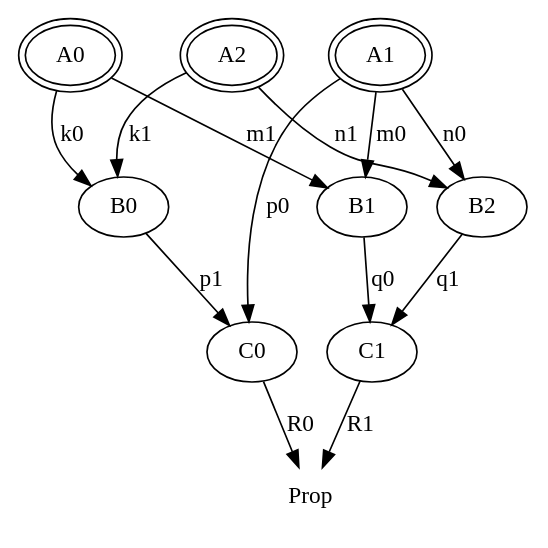
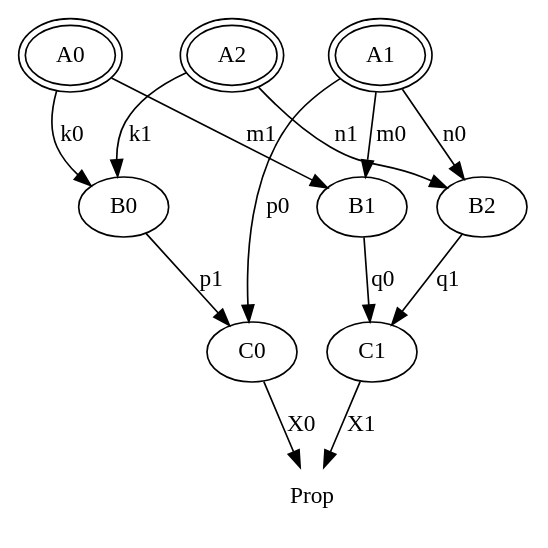
The diagram in unification/distr_l.dot (Tuplanolla/dez), drawn with Graphviz before and after one commit. The commit also changed 33 other files, not shown here.

```diff
--- a/unification/distr_l.dot
+++ b/unification/distr_l.dot
@@ -1,30 +1,30 @@
 digraph distr_l {
   node [peripheries = 2]
 
   T2 [label = "A0"]
   T4 [label = "A1"]
   T6 [label = "A2"]
 
   node [peripheries = 1]
 
   T0 [label = "C0"]
   T1 [label = "C1"]
   T3 [label = "B0"]
   T5 [label = "B1"]
   T7 [label = "B2"]
 
   node [peripheries = 0]
 
-  T0 -> Prop [label = "R0"]
-  T1 -> Prop [label = "R1"]
+  T0 -> Prop [label = "X0"]
+  T1 -> Prop [label = "X1"]
   T2 -> T3 [label = "k0"]
   T6 -> T3 [label = "k1"]
   T4 -> T5 [label = "m0"]
   T2 -> T5 [label = "m1"]
   T4 -> T7 [label = "n0"]
   T6 -> T7 [label = "n1"]
   T4 -> T0 [label = "p0"]
   T3 -> T0 [label = "p1"]
   T5 -> T1 [label = "q0"]
   T7 -> T1 [label = "q1"]
 }
```
